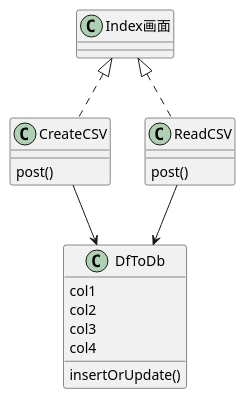
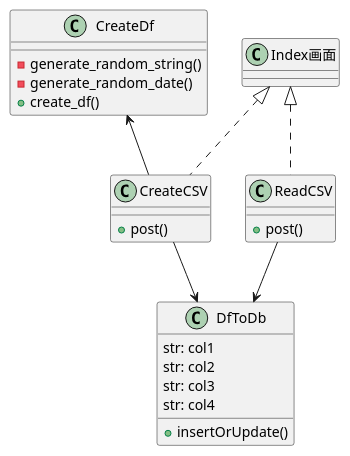
Before and after one commit to TakaMitsuGitHub/RandCsv: the diagram in document/UML/クラス図.puml, drawn with PlantUML. The commit also changed 3 other files, not shown here.

Commit message:
rand_df クラス化　UML

```diff
--- a/document/UML/クラス図.puml
+++ b/document/UML/クラス図.puml
@@ -1,26 +1,34 @@
 @startuml
 
+class CreateDf {
+
+    - generate_random_string()
+    - generate_random_date()
+    + create_df()
+}
 class Index画面
 
+
 class CreateCSV {
-    post()
+    + post()
 }
 class ReadCSV {
-    post()
+    + post()
 }
 class DfToDb {
-    col1
-    col2
-    col3
-    col4
+    str: col1
+    str: col2
+    str: col3
+    str: col4
 
-    insertOrUpdate()
+    + insertOrUpdate()
 }
 
+CreateDf <-- CreateCSV
 Index画面 <|.. CreateCSV
 Index画面 <|.. ReadCSV
 
 CreateCSV --> DfToDb
 ReadCSV --> DfToDb
 
 @enduml
```
